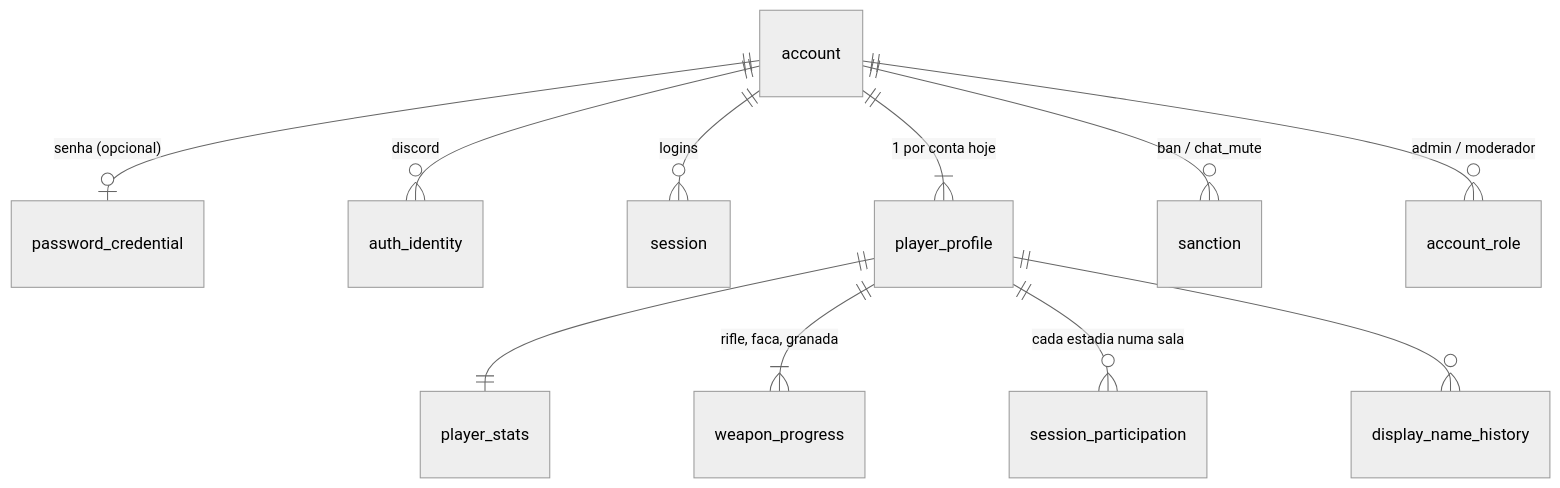
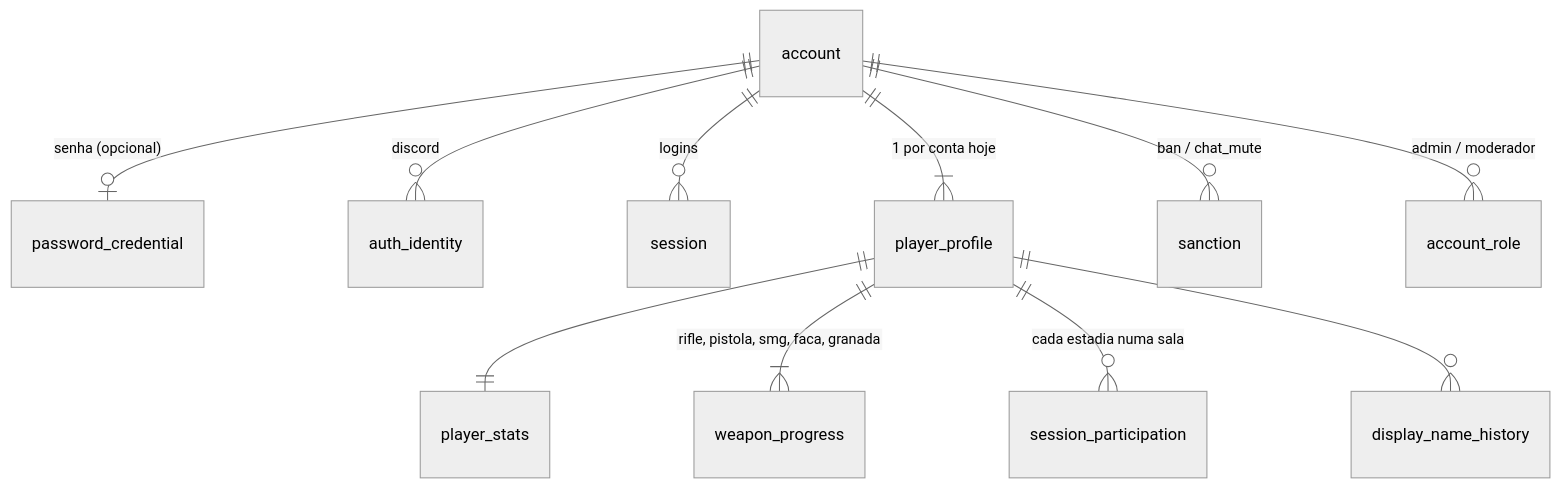
The diagram in Game-Vault/11 - Data & Persistence/Player Data.md (JPLabussiereF/offensive-combat-reload), drawn with Mermaid (neutral theme) before and after one commit. The commit also changed other lines of this file and 123 other files, not shown here.

````diff
--- a/Game-Vault/11 - Data & Persistence/Player Data.md
+++ b/Game-Vault/11 - Data & Persistence/Player Data.md
@@ -30,13 +31,13 @@
 ```mermaid
 erDiagram
     account ||--o| password_credential : "senha (opcional)"
     account ||--o{ auth_identity : "discord"
     account ||--o{ session : "logins"
     account ||--|{ player_profile : "1 por conta hoje"
     account ||--o{ sanction : "ban / chat_mute"
     account ||--o{ account_role : "admin / moderador"
     player_profile ||--|| player_stats : ""
-    player_profile ||--|{ weapon_progress : "rifle, faca, granada"
+    player_profile ||--|{ weapon_progress : "rifle, pistola, smg, faca, granada"
     player_profile ||--o{ session_participation : "cada estadia numa sala"
     player_profile ||--o{ display_name_history : ""
 ```
````
